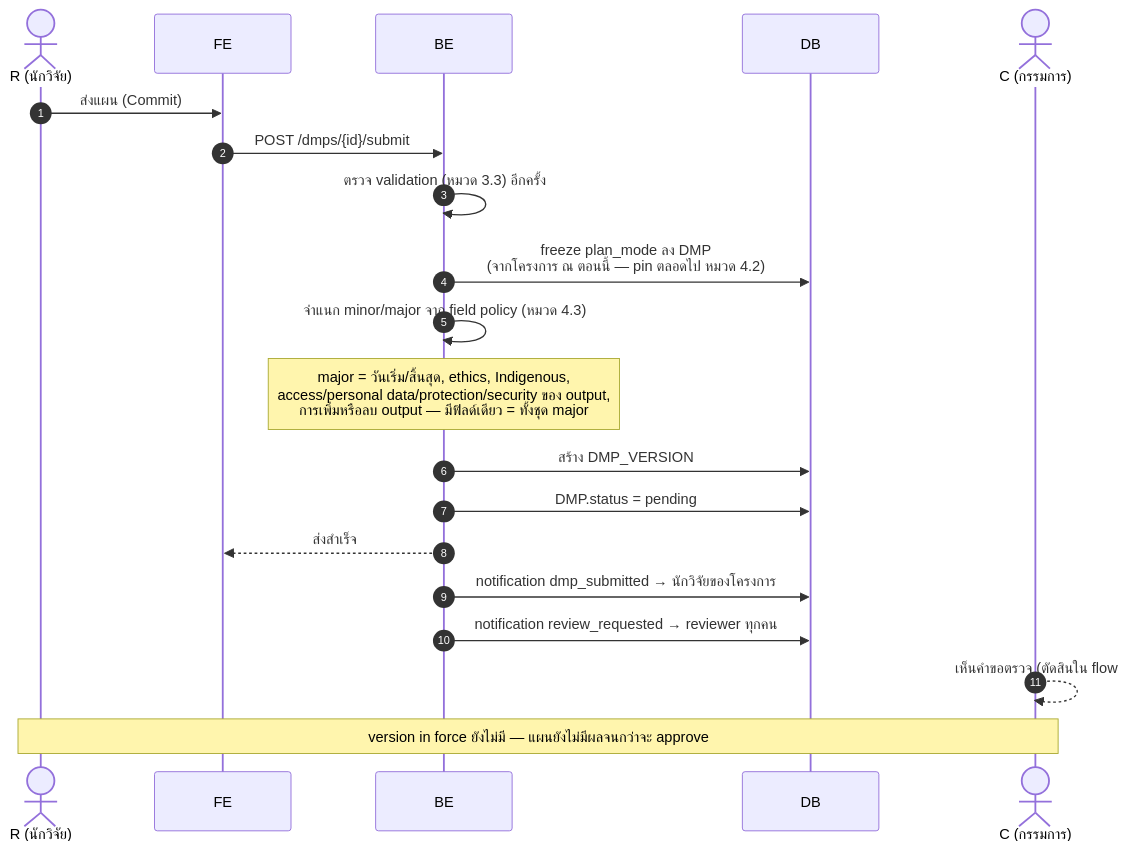
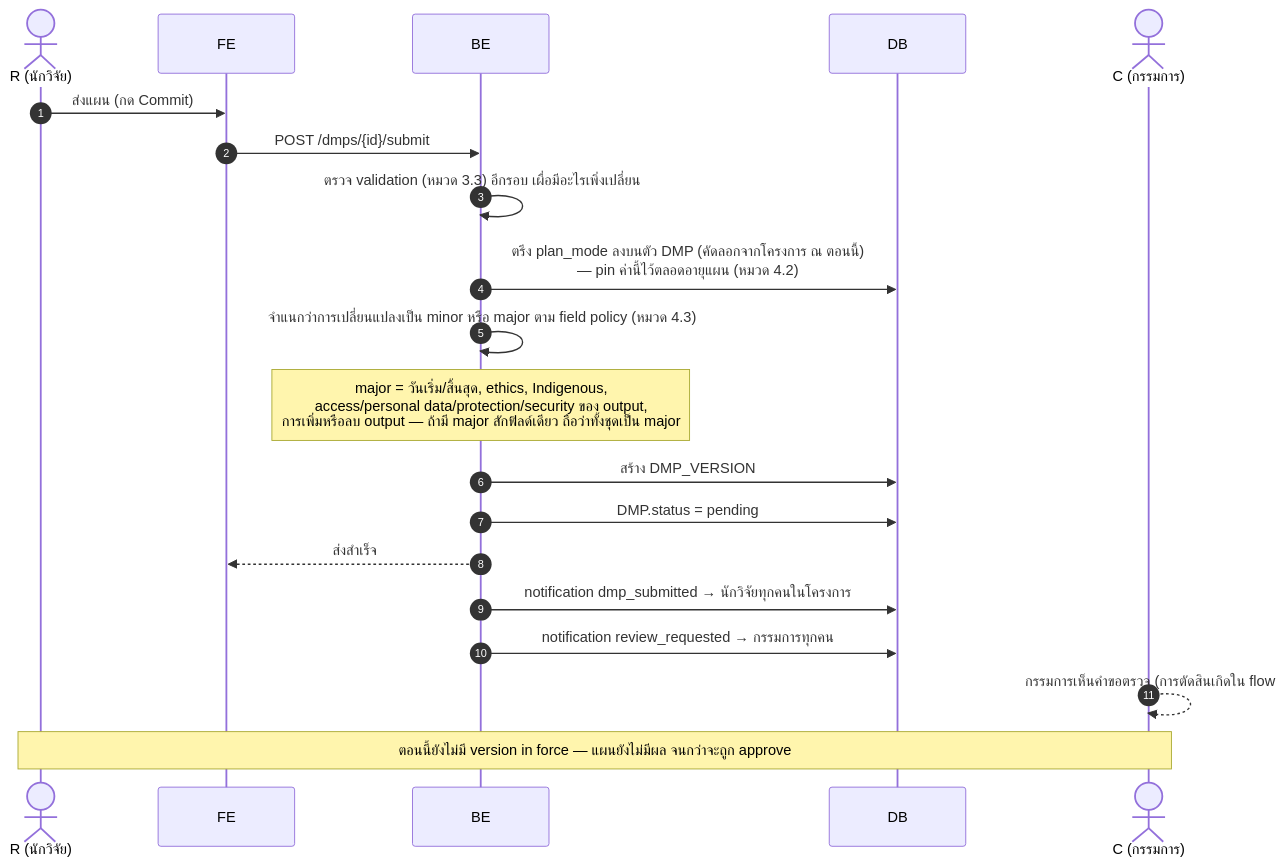
Before and after one commit to Open-Science-and-Data-management/Backend: the fifth of 14 diagrams in docs/architecture/sequence-diagrams.md, drawn with Mermaid. The commit also changed other lines of this file and 15 other files, not shown here.

````diff
--- a/docs/architecture/sequence-diagrams.md
+++ b/docs/architecture/sequence-diagrams.md
@@ -195,23 +219,23 @@
 ```mermaid
 sequenceDiagram
     autonumber
     actor R as R (นักวิจัย)
     participant FE as FE
     participant BE as BE
     participant DB as DB
     actor C as C (กรรมการ)
 
-    R->>FE: ส่งแผน (Commit)
+    R->>FE: ส่งแผน (กด Commit)
     FE->>BE: POST /dmps/{id}/submit
-    BE->>BE: ตรวจ validation (หมวด 3.3) อีกครั้ง
-    BE->>DB: freeze plan_mode ลง DMP<br/>(จากโครงการ ณ ตอนนี้ — pin ตลอดไป หมวด 4.2)
-    BE->>BE: จำแนก minor/major จาก field policy (หมวด 4.3)
-    Note over BE: major = วันเริ่ม/สิ้นสุด, ethics, Indigenous,<br/>access/personal data/protection/security ของ output,<br/>การเพิ่มหรือลบ output — มีฟิลด์เดียว = ทั้งชุด major
-    BE->>DB: สร้าง DMP_VERSION #1 (status=pending,<br/>snapshot ณ submit, based_on ไม่มี — เวอร์ชันแรก)
+    BE->>BE: ตรวจ validation (หมวด 3.3) อีกรอบ เผื่อมีอะไรเพิ่งเปลี่ยน
+    BE->>DB: ตรึง plan_mode ลงบนตัว DMP (คัดลอกจากโครงการ ณ ตอนนี้)<br/>— pin ค่านี้ไว้ตลอดอายุแผน (หมวด 4.2)
+    BE->>BE: จำแนกว่าการเปลี่ยนแปลงเป็น minor หรือ major ตาม field policy (หมวด 4.3)
+    Note over BE: major = วันเริ่ม/สิ้นสุด, ethics, Indigenous,<br/>access/personal data/protection/security ของ output,<br/>การเพิ่มหรือลบ output — ถ้ามี major สักฟิลด์เดียว ถือว่าทั้งชุดเป็น major
+    BE->>DB: สร้าง DMP_VERSION #1 (status=pending,<br/>snapshot เนื้อหาแผน ณ ตอน submit, ไม่มี based_on — เพราะเป็นเวอร์ชันแรก)
     BE->>DB: DMP.status = pending
     BE-->>FE: ส่งสำเร็จ
-    BE->>DB: notification dmp_submitted → นักวิจัยของโครงการ
-    BE->>DB: notification review_requested → reviewer ทุกคน
-    C-->>C: เห็นคำขอตรวจ (ตัดสินใน flow #6)
-    Note over R,C: version in force ยังไม่มี — แผนยังไม่มีผลจนกว่าจะ approve
+    BE->>DB: notification dmp_submitted → นักวิจัยทุกคนในโครงการ
+    BE->>DB: notification review_requested → กรรมการทุกคน
+    C-->>C: กรรมการเห็นคำขอตรวจ (การตัดสินเกิดใน flow #6)
+    Note over R,C: ตอนนี้ยังไม่มี version in force — แผนยังไม่มีผล จนกว่าจะถูก approve
 ```
````
